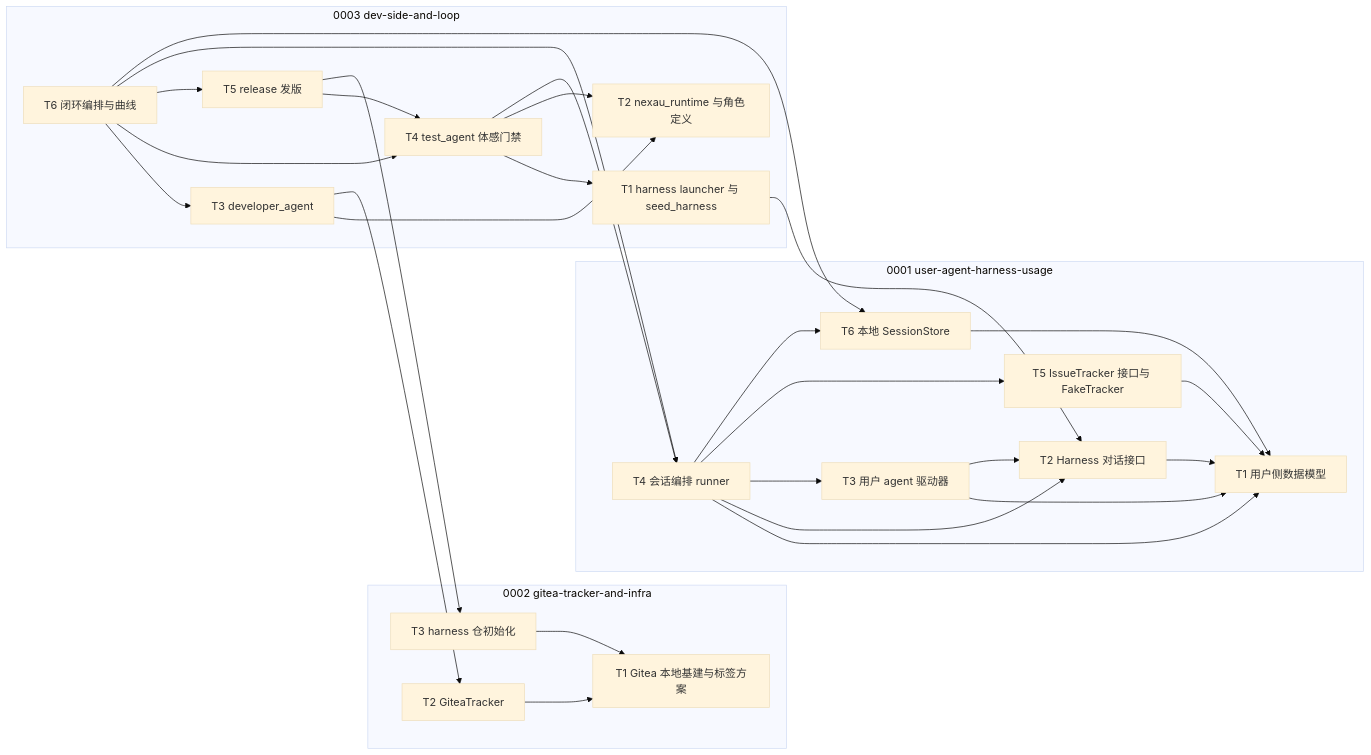
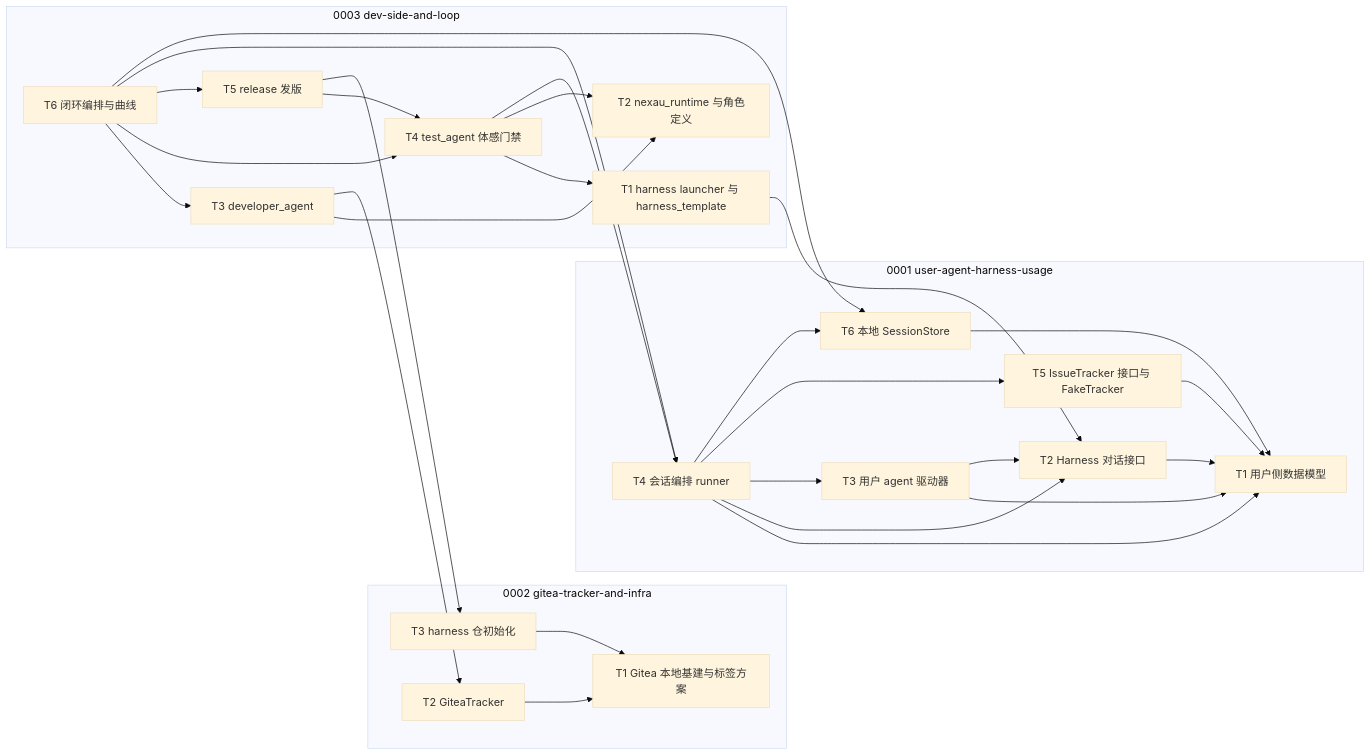
The first of 4 diagrams in docs/specs/OVERVIEW.md (Curry09/AHE-Beta), drawn with Mermaid (base theme) before and after one commit. The commit also changed other lines of this file and 9 other files, not shown here.

Commit message:
refactor(spec): seed_harness 改名为 harness_template，与 seeds 区分

````diff
--- a/docs/specs/OVERVIEW.md
+++ b/docs/specs/OVERVIEW.md
@@ -94,49 +94,49 @@
 ```mermaid
 graph LR
     subgraph G0001[0001 user-agent-harness-usage]
         n0001_T1["T1 用户侧数据模型"]
         n0001_T2["T2 Harness 对话接口"]
         n0001_T3["T3 用户 agent 驱动器"]
         n0001_T4["T4 会话编排 runner"]
         n0001_T5["T5 IssueTracker 接口与 FakeTracker"]
         n0001_T6["T6 本地 SessionStore"]
     end
     subgraph G0002[0002 gitea-tracker-and-infra]
         n0002_T1["T1 Gitea 本地基建与标签方案"]
         n0002_T2["T2 GiteaTracker"]
         n0002_T3["T3 harness 仓初始化"]
     end
     subgraph G0003[0003 dev-side-and-loop]
-        n0003_T1["T1 harness launcher 与 seed_harness"]
+        n0003_T1["T1 harness launcher 与 harness_template"]
         n0003_T2["T2 nexau_runtime 与角色定义"]
         n0003_T3["T3 developer_agent"]
         n0003_T4["T4 test_agent 体感门禁"]
         n0003_T5["T5 release 发版"]
         n0003_T6["T6 闭环编排与曲线"]
     end
     n0001_T2 --> n0001_T1
     n0001_T3 --> n0001_T1
     n0001_T3 --> n0001_T2
     n0001_T4 --> n0001_T1
     n0001_T4 --> n0001_T2
     n0001_T4 --> n0001_T3
     n0001_T4 --> n0001_T5
     n0001_T4 --> n0001_T6
     n0001_T5 --> n0001_T1
     n0001_T6 --> n0001_T1
     n0002_T2 --> n0002_T1
     n0002_T3 --> n0002_T1
     n0003_T1 --> n0001_T2
     n0003_T3 --> n0003_T2
     n0003_T3 --> n0002_T2
     n0003_T4 --> n0003_T1
     n0003_T4 --> n0003_T2
     n0003_T4 --> n0001_T4
     n0003_T5 --> n0003_T4
     n0003_T5 --> n0002_T3
     n0003_T6 --> n0003_T3
     n0003_T6 --> n0003_T4
     n0003_T6 --> n0003_T5
     n0003_T6 --> n0001_T4
     n0003_T6 --> n0001_T6
 ```
````
